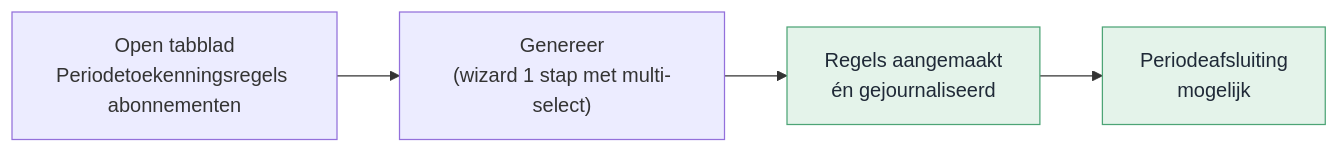
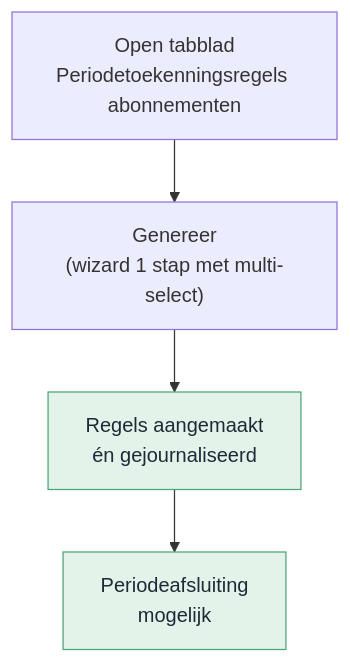
One commit to AFASResearch/prototype-profit changed the fourth of 9 diagrams in rpt00692/ontwerp.md. Above: the diagram before and after it, drawn with Mermaid. The commit also changed other lines of this file and 133 other files, not shown here.

````diff
--- a/rpt00692/ontwerp.md
+++ b/rpt00692/ontwerp.md
@@ -255,9 +251,9 @@
 ```mermaid
-flowchart LR
+flowchart TD
     A["Open tabblad\nPeriodetoekenningsregels abonnementen"] --> B["Genereer\n(wizard 1 stap met multi-select)"]
     B --> C["Regels aangemaakt\nén gejournaliseerd"]
     C --> D["Periodeafsluiting\nmogelijk"]
 
     style C fill:#e4f3ea,stroke:#4da476,color:#1f2937
     style D fill:#e4f3ea,stroke:#4da476,color:#1f2937
 ```
````
